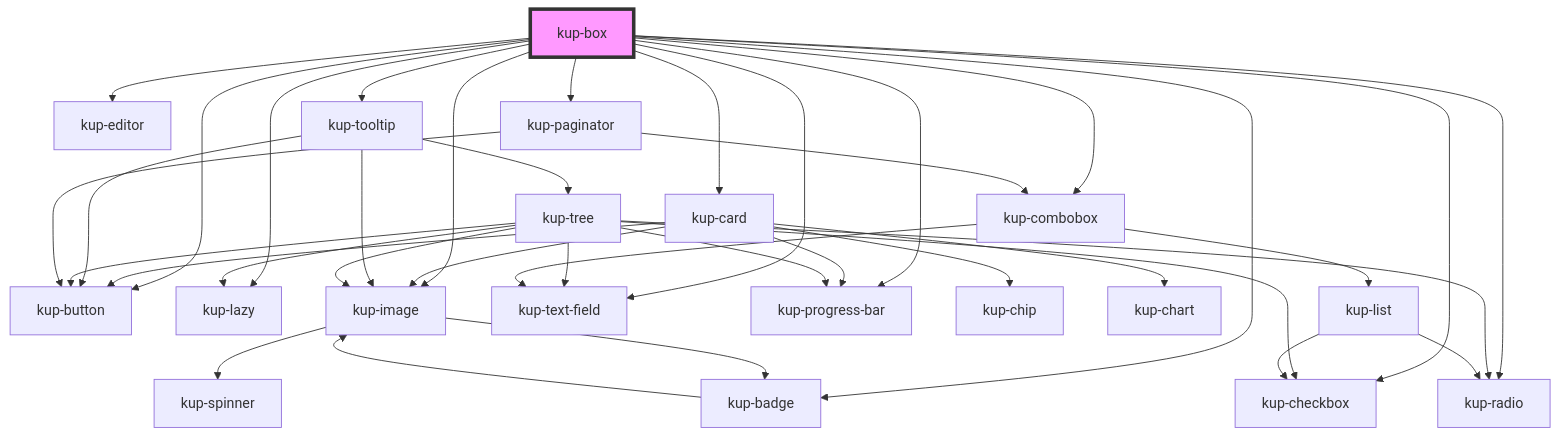
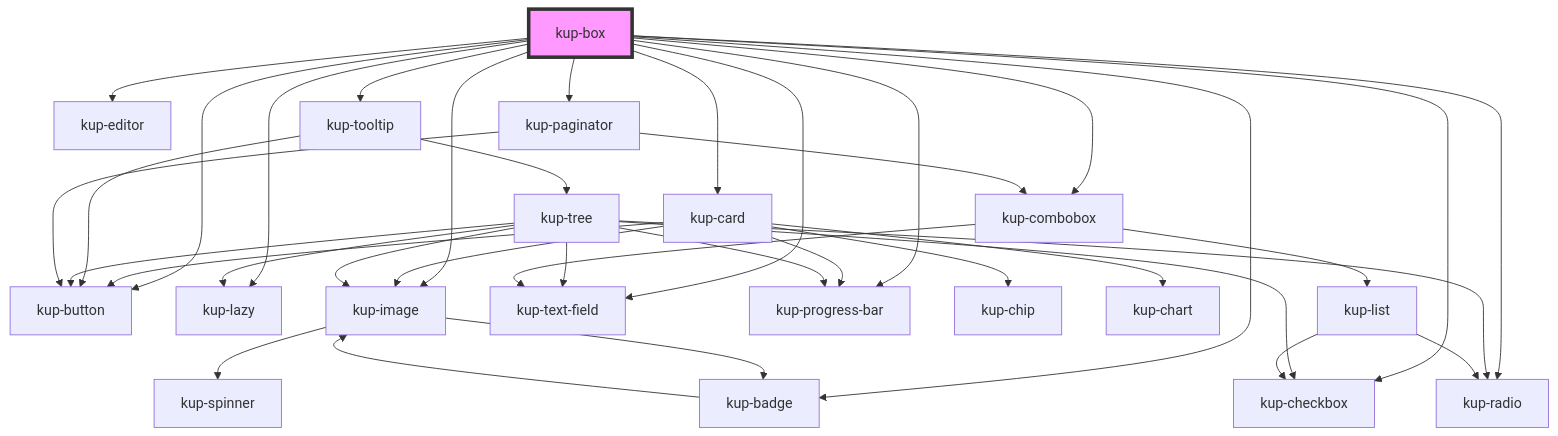
One commit to smeup/ketchup changed the diagram in packages/ketchup/src/components/kup-box/readme.md. Above: the diagram before and after it, drawn with Mermaid. The commit also changed 8 other files, not shown here.

Commit message:
Replaced kup-image in tooltip with img tag.

````diff
--- a/packages/ketchup/src/components/kup-box/readme.md
+++ b/packages/ketchup/src/components/kup-box/readme.md
@@ -99,41 +99,40 @@
 ```mermaid
 graph TD;
   kup-box --> kup-card
   kup-box --> kup-checkbox
   kup-box --> kup-badge
   kup-box --> kup-button
   kup-box --> kup-lazy
   kup-box --> kup-editor
   kup-box --> kup-image
   kup-box --> kup-text-field
   kup-box --> kup-progress-bar
   kup-box --> kup-radio
   kup-box --> kup-tooltip
   kup-box --> kup-combobox
   kup-box --> kup-paginator
   kup-card --> kup-image
   kup-card --> kup-chip
   kup-card --> kup-button
   kup-card --> kup-progress-bar
   kup-card --> kup-chart
   kup-image --> kup-spinner
   kup-image --> kup-badge
   kup-badge --> kup-image
   kup-tooltip --> kup-button
-  kup-tooltip --> kup-image
   kup-tooltip --> kup-tree
   kup-tree --> kup-lazy
   kup-tree --> kup-button
   kup-tree --> kup-checkbox
   kup-tree --> kup-image
   kup-tree --> kup-progress-bar
   kup-tree --> kup-radio
   kup-tree --> kup-text-field
   kup-combobox --> kup-text-field
   kup-combobox --> kup-list
   kup-list --> kup-radio
   kup-list --> kup-checkbox
   kup-paginator --> kup-button
   kup-paginator --> kup-combobox
   style kup-box fill:#f9f,stroke:#333,stroke-width:4px
 ```
````
